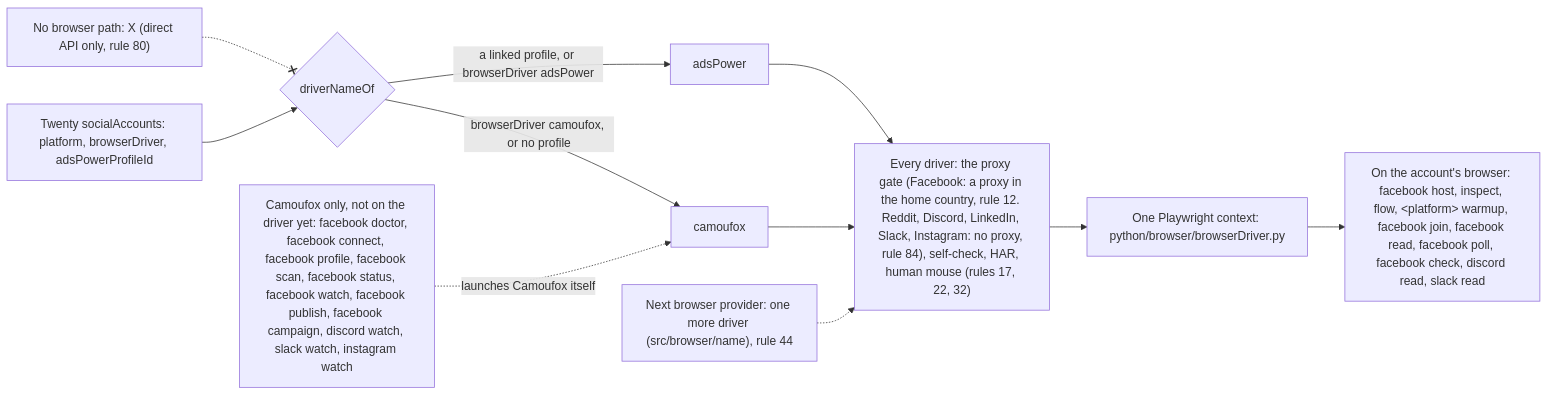
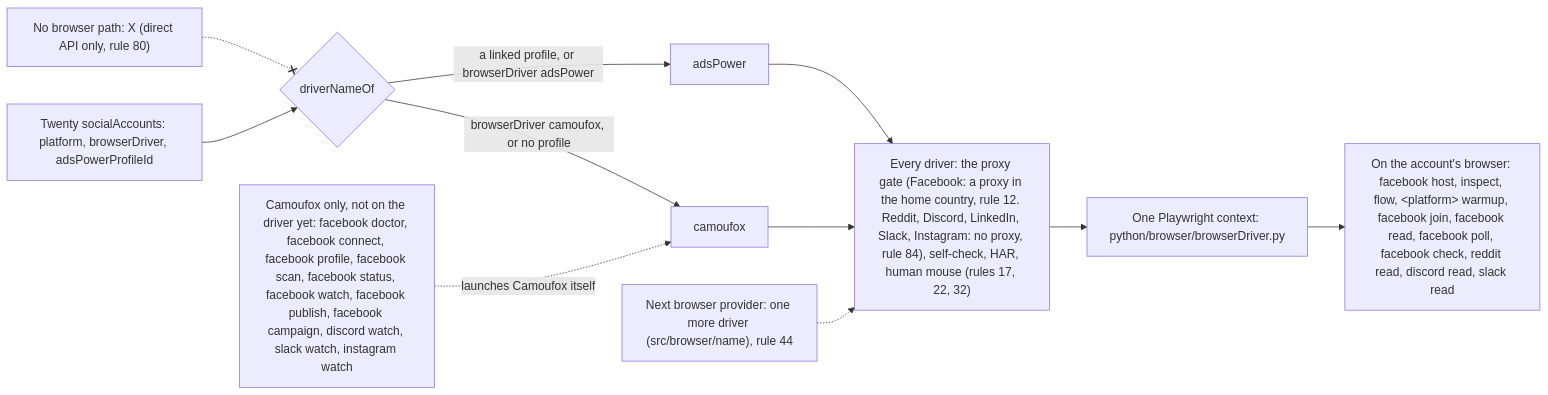
The diagram in docs/diagrams/browsers.mmd (matthewdonsemail-lab/log), drawn with Mermaid before and after one commit. The commit also changed 106 other files, not shown here.

Commit message:
feat(reddit): run Reddit on vendor/reverseChud; read home feed and posts with comments; post, reply and vote as dry runs unless live; contributormaxxing use case

```diff
--- a/docs/diagrams/browsers.mmd
+++ b/docs/diagrams/browsers.mmd
@@ -1,19 +1,19 @@
 %% The browser layer. log-cli is browser-agnostic: each account's browser is a driver picked from Twenty, AdsPower first, and every driver opens through the same gates. Whether the gate needs a proxy is the platform's (`PLATFORM_SITES`). From `BROWSER_DRIVERS` (`src/browser/driver`) and `commandBrowser` (`src/browser/run`).
 %% Written by `bun run docs:build` from the code (rule 56). Not edited by hand.
 flowchart LR
   twenty["Twenty socialAccounts: platform, browserDriver, adsPowerProfileId"]
   pick{"driverNameOf"}
   gates["Every driver: the proxy gate (Facebook: a proxy in the home country, rule 12. Reddit, Discord, LinkedIn, Slack, Instagram: no proxy, rule 84), self-check, HAR, human mouse (rules 17, 22, 32)"]
   session["One Playwright context: python/browser/browserDriver.py"]
   twenty --> pick
   pick -->|"browserDriver camoufox, or no profile"| d_camoufox["camoufox"]
   pick -->|"a linked profile, or browserDriver adsPower"| d_adsPower["adsPower"]
   d_camoufox --> gates
   d_adsPower --> gates
   more["Next browser provider: one more driver (src/browser/name), rule 44"] -.-> gates
   gates --> session
-  account["On the account's browser: facebook host, inspect, flow, #lt;platform#gt; warmup, facebook join, facebook read, facebook poll, facebook check, discord read, slack read"]
+  account["On the account's browser: facebook host, inspect, flow, #lt;platform#gt; warmup, facebook join, facebook read, facebook poll, facebook check, reddit read, discord read, slack read"]
   camoufox["Camoufox only, not on the driver yet: facebook doctor, facebook connect, facebook profile, facebook scan, facebook status, facebook watch, facebook publish, facebook campaign, discord watch, slack watch, instagram watch"]
   session --> account
   camoufox -.->|"launches Camoufox itself"| d_camoufox
   nobrowser["No browser path: X (direct API only, rule 80)"] -.-x pick
```
